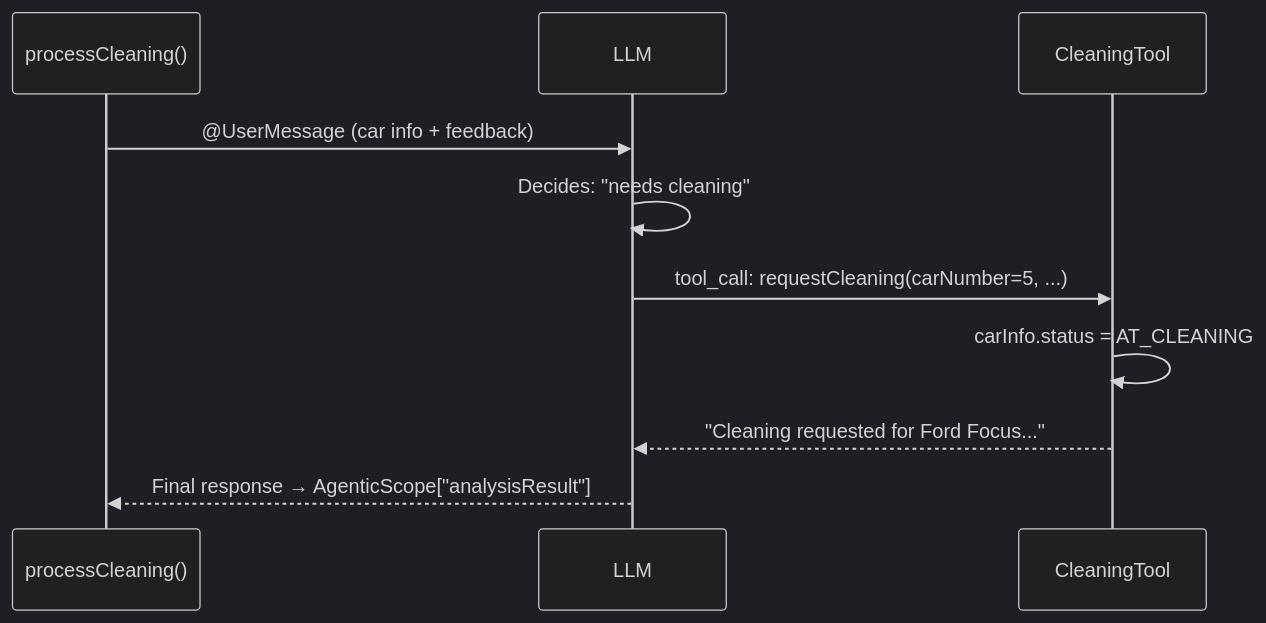
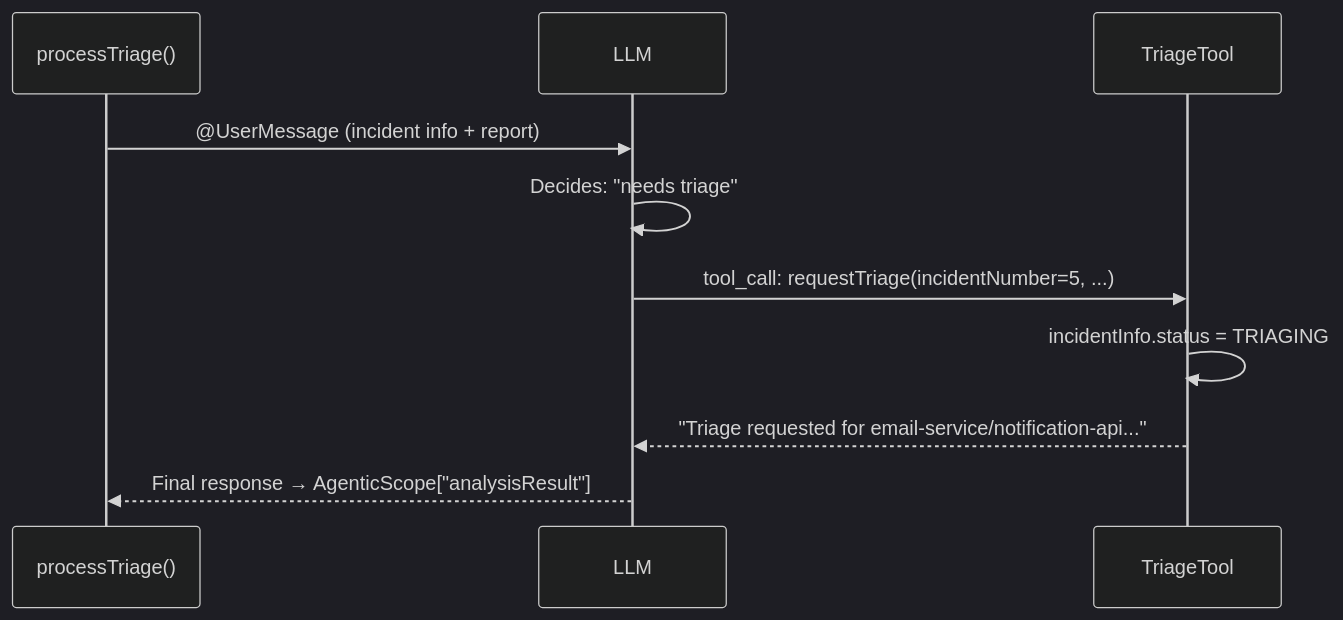
One commit to danieloh30/techxchange-2026-quarkus-bob-lab changed the diagram in docs/01-first-agent/START_HERE.md. Above: the diagram before and after it, drawn with Mermaid (dark theme). The commit also changed other lines of this file and 366 other files, not shown here.

First line of the commit message:
refactor: retheme entire lab from car rental to IT incident management

````diff
--- a/docs/01-first-agent/START_HERE.md
+++ b/docs/01-first-agent/START_HERE.md
@@ -139,13 +139,13 @@
 ```mermaid
 sequenceDiagram
-    participant App as processCleaning()
+    participant App as processTriage()
     participant LLM as LLM
-    participant Tool as CleaningTool
+    participant Tool as TriageTool
 
-    App->>LLM: @UserMessage (car info + feedback)
-    LLM->>LLM: Decides: "needs cleaning"
-    LLM->>Tool: tool_call: requestCleaning(carNumber=5, ...)
-    Tool->>Tool: carInfo.status = AT_CLEANING
-    Tool-->>LLM: "Cleaning requested for Ford Focus..."
+    App->>LLM: @UserMessage (incident info + report)
+    LLM->>LLM: Decides: "needs triage"
+    LLM->>Tool: tool_call: requestTriage(incidentNumber=5, ...)
+    Tool->>Tool: incidentInfo.status = TRIAGING
+    Tool-->>LLM: "Triage requested for email-service/notification-api..."
     LLM-->>App: Final response → AgenticScope["analysisResult"]
 ```
````
